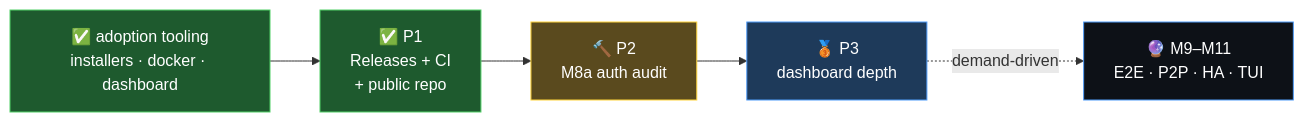
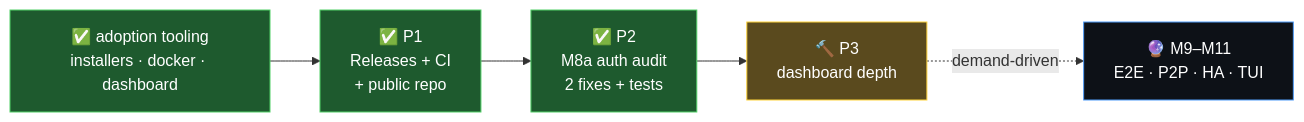
Before and after one commit to shoemoney/devbox: the diagram in plan.md, drawn with Mermaid. The commit also changed other lines of this file, not shown here.

Commit message:
docs: P2 (M8a auth audit) shipped — +s attenuation + invite revocation 🛡️📊

````diff
--- a/plan.md
+++ b/plan.md
@@ -28,12 +28,12 @@
 ```mermaid
 flowchart LR
     NOW["✅ adoption tooling<br/>installers · docker · dashboard"] --> P1["✅ P1<br/>Releases + CI<br/>+ public repo"]
-    P1 --> P2["🔨 P2<br/>M8a auth audit"]
-    P2 --> P3["🥉 P3<br/>dashboard depth"]
+    P1 --> P2["✅ P2<br/>M8a auth audit<br/>2 fixes + tests"]
+    P2 --> P3["🔨 P3<br/>dashboard depth"]
     P3 -.demand-driven.-> LATER["🔮 M9–M11<br/>E2E · P2P · HA · TUI"]
     style NOW fill:#1e5a2e,stroke:#51cf66,color:#fff
     style P1 fill:#1e5a2e,stroke:#51cf66,color:#fff
-    style P2 fill:#5a4a1e,stroke:#ffd43b,color:#fff
-    style P3 fill:#1e3a5a,stroke:#4F9CF9,color:#fff
+    style P2 fill:#1e5a2e,stroke:#51cf66,color:#fff
+    style P3 fill:#5a4a1e,stroke:#ffd43b,color:#fff
     style LATER fill:#0d1117,stroke:#4F9CF9,color:#fff
 ```
````
